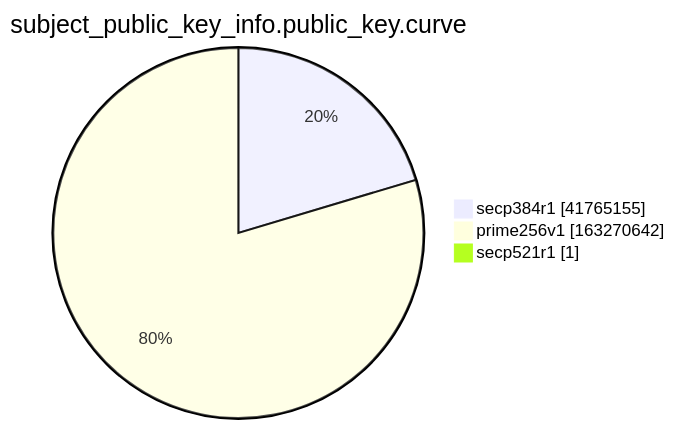
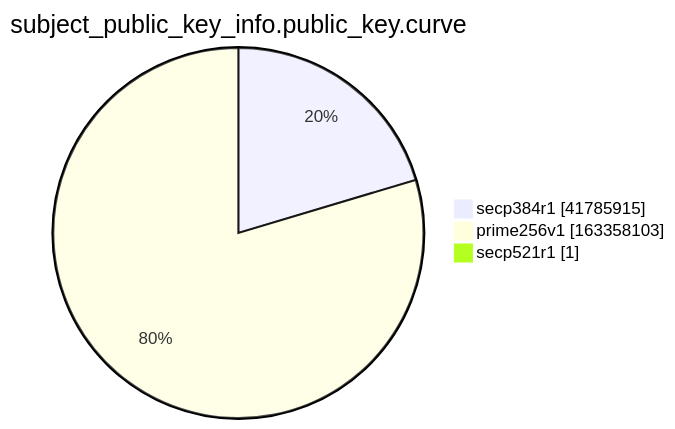
The ninth of 15 diagrams in xenon2022/README.md (christiankrug/ctmonitor_visualization), drawn with Mermaid before and after one commit. The commit also changed other lines of this file, not shown here.

````diff
--- a/xenon2022/README.md
+++ b/xenon2022/README.md
@@ -2868,7 +2868,7 @@
 ```mermaid
 pie showData
 title subject_public_key_info.public_key.curve
-"secp384r1" :41765155
-"prime256v1" :163270642
+"secp384r1" :41785915
+"prime256v1" :163358103
 "secp521r1" :1
 ```
````
